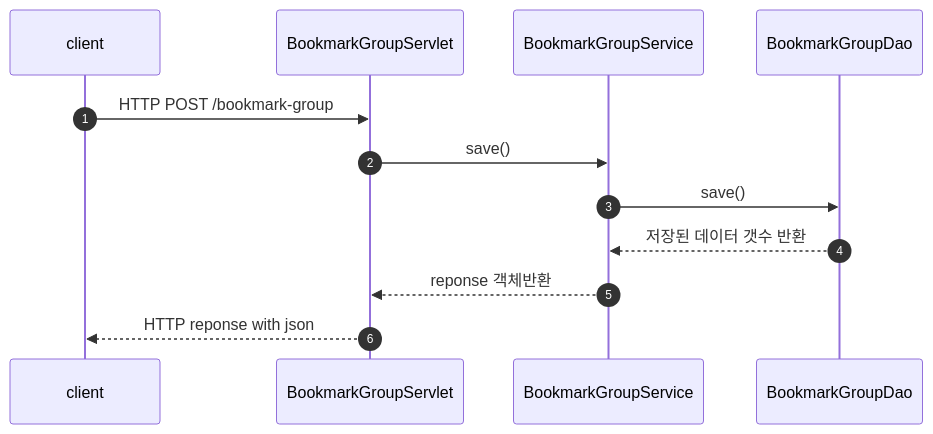
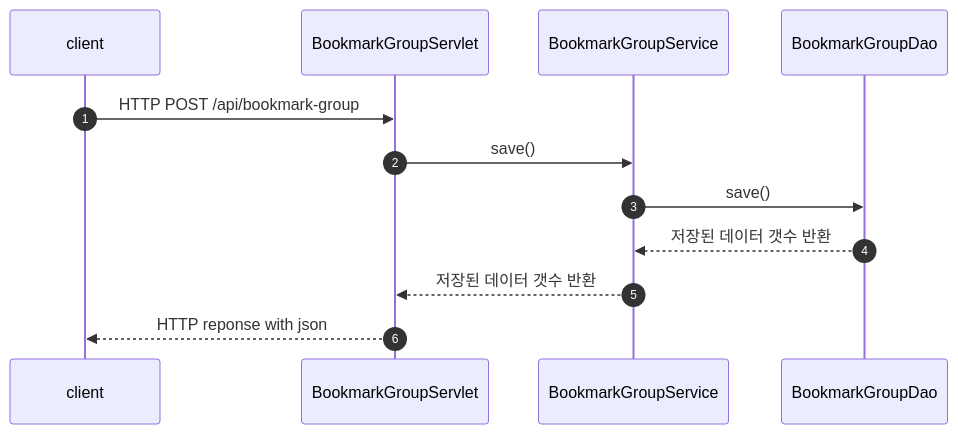
One commit to kimJH47/wifiServer changed the seventh of 13 diagrams in readme.md. Above: the diagram before and after it, drawn with Mermaid. The commit also changed other lines of this file, not shown here.

Commit message:
fix: flow chart, api 명세 수정

````diff
--- a/readme.md
+++ b/readme.md
@@ -131,16 +133,16 @@
 ```mermaid
     sequenceDiagram
     autonumber
     participant client
     participant BookmarkGroupServlet
     participant BookmarkGroupService
     participant BookmarkGroupDao
 
-    client->> BookmarkGroupServlet: HTTP POST /bookmark-group 
+    client->> BookmarkGroupServlet: HTTP POST /api/bookmark-group
     BookmarkGroupServlet->> BookmarkGroupService: save()
     BookmarkGroupService->> BookmarkGroupDao: save()
     BookmarkGroupDao-->>BookmarkGroupService: 저장된 데이터 갯수 반환
-    BookmarkGroupService-->>BookmarkGroupServlet: reponse 객체반환
+    BookmarkGroupService-->>BookmarkGroupServlet: 저장된 데이터 갯수 반환
     BookmarkGroupServlet-->> client : HTTP reponse with json
     
 ```
````
